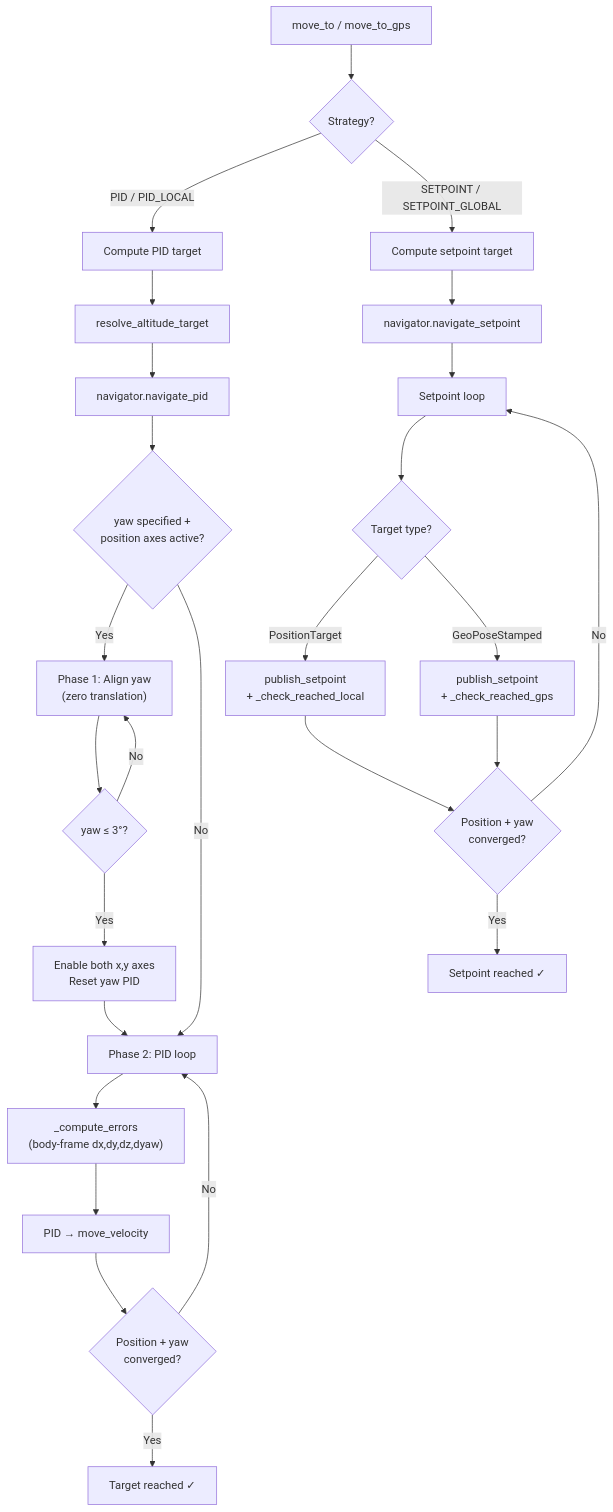
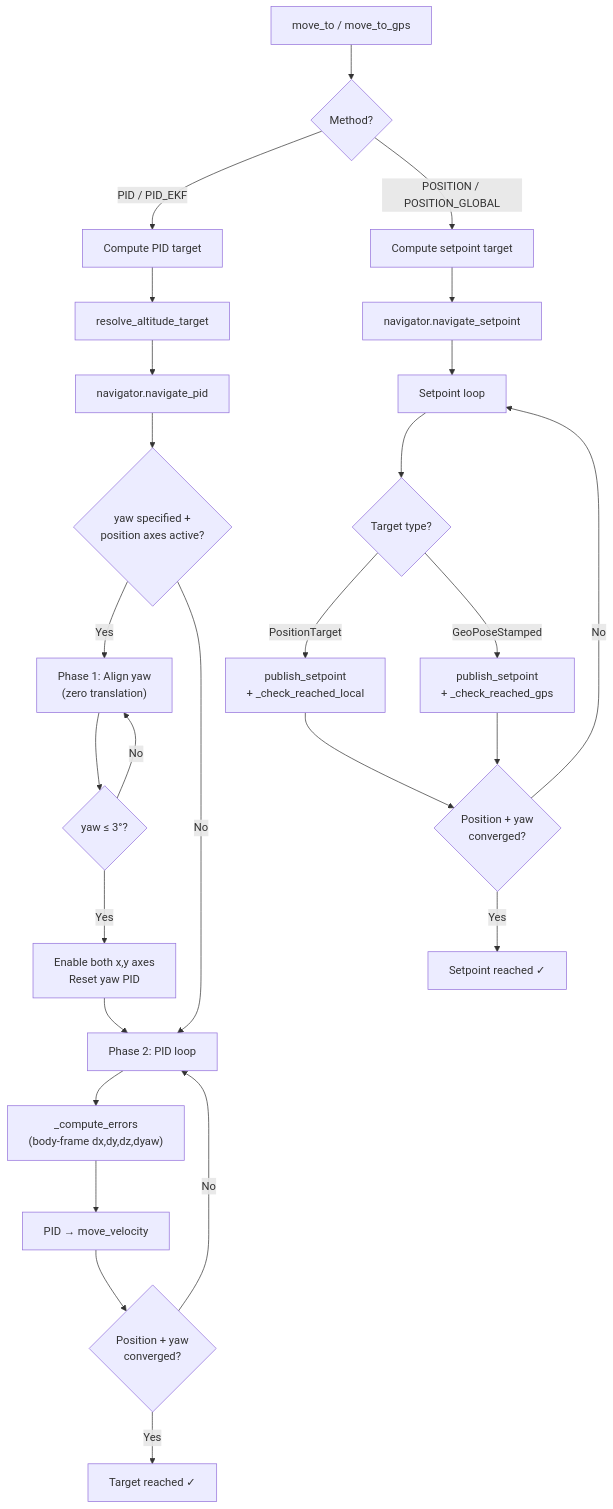
Before and after one commit to Black-Bee-Drones/nectar-sdk: the second of 3 diagrams in nectar/nectar/control/mavros/README.md, drawn with Mermaid. The commit also changed other lines of this file and 10 other files, not shown here.

````diff
--- a/nectar/nectar/control/mavros/README.md
+++ b/nectar/nectar/control/mavros/README.md
@@ -527,29 +529,29 @@
 ```mermaid
 flowchart TD
-    A["move_to / move_to_gps"] --> B{"Strategy?"}
-    B -->|PID / PID_LOCAL| C["Compute PID target"]
-    B -->|SETPOINT / SETPOINT_GLOBAL| D["Compute setpoint target"]
+    A["move_to / move_to_gps"] --> B{"Method?"}
+    B -->|PID / PID_EKF| C["Compute PID target"]
+    B -->|POSITION / POSITION_GLOBAL| D["Compute setpoint target"]
     C --> E["resolve_altitude_target"]
     E --> F["navigator.navigate_pid"]
     D --> G["navigator.navigate_setpoint"]
     F --> yawCheck{"yaw specified +\nposition axes active?"}
     yawCheck -->|Yes| yawPhase["Phase 1: Align yaw\n(zero translation)"]
     yawPhase --> yawDone{"yaw ≤ 3°?"}
     yawDone -->|No| yawPhase
     yawDone -->|Yes| enableXY["Enable both x,y axes\nReset yaw PID"]
     enableXY --> H
     yawCheck -->|No| H["Phase 2: PID loop"]
     H --> J["_compute_errors\n(body-frame dx,dy,dz,dyaw)"]
     J --> L["PID → move_velocity"]
     L --> yawPID{"Position + yaw\nconverged?"}
     yawPID -->|No| H
     yawPID -->|Yes| donePID["Target reached ✓"]
     G --> I["Setpoint loop"]
     I --> M{"Target type?"}
     M -->|PositionTarget| N["publish_setpoint\n+ _check_reached_local"]
     M -->|GeoPoseStamped| O["publish_setpoint\n+ _check_reached_gps"]
     N --> yawSP{"Position + yaw\nconverged?"}
     O --> yawSP
     yawSP -->|No| I
     yawSP -->|Yes| doneSP["Setpoint reached ✓"]
 ```
````
